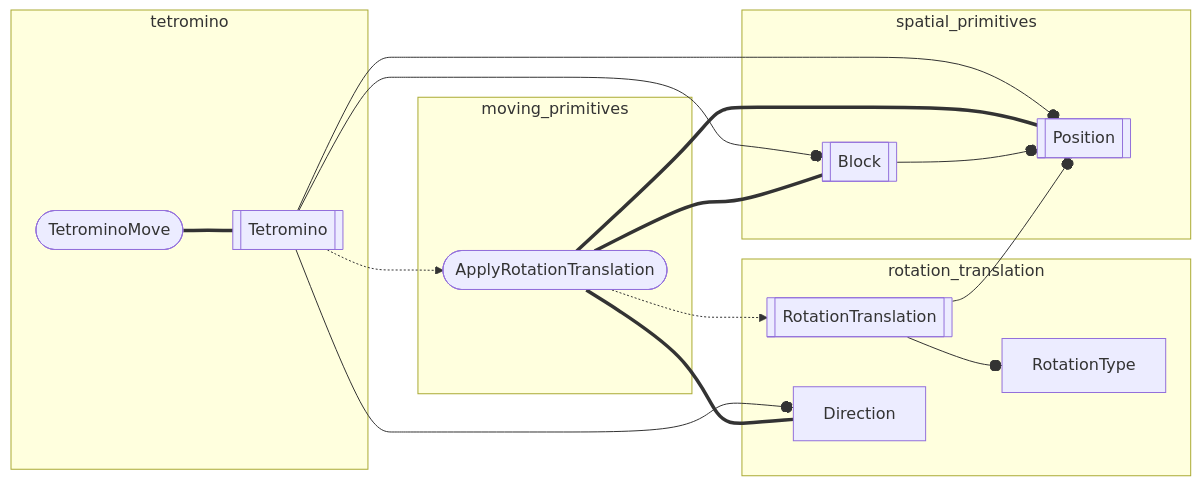
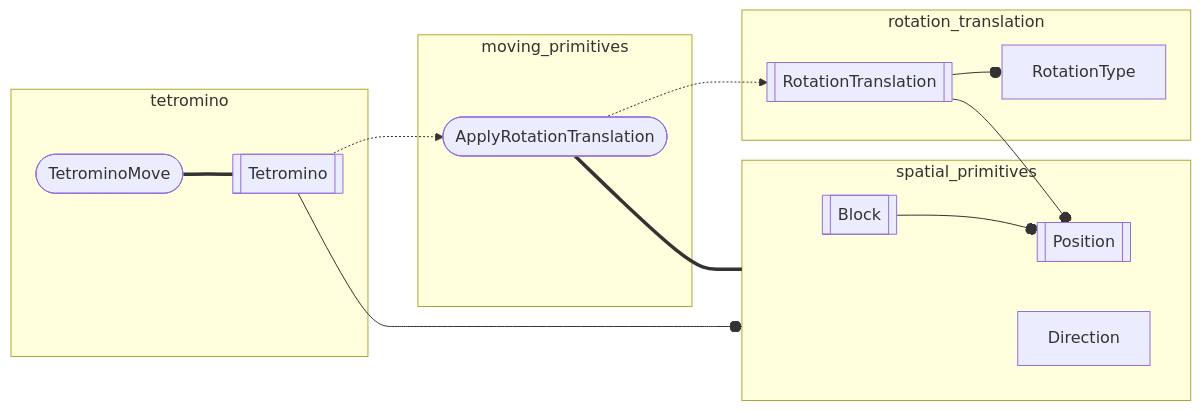
Before and after one commit to inesvar/tetris: the first of 2 diagrams in src/app/player/back_end/flowgraph.md, drawn with Mermaid. The commit also changed other lines of this file and 6 other files, not shown here.

Commit message:
Move Direction from rotation_translation to spatial_primitives

````diff
--- a/src/app/player/back_end/flowgraph.md
+++ b/src/app/player/back_end/flowgraph.md
@@ -3,43 +3,43 @@
 ```mermaid
 graph LR
     %% objects
     Position[[Position]]
     Block[[Block]]
+    Direction[Direction]
     RotationTranslation[[RotationTranslation]]
     RotationType[RotationType]
-    Direction[Direction]
     ApplyRotationTranslation([ApplyRotationTranslation])
     Tetromino[[Tetromino]]
     TetrominoMove([TetrominoMove])
 
     %% modules
     spatial_primitives[spatial_primitives]
     rotation_translation[rotation_translation]
     moving_primitives[moving_primitives]
     tetromino[tetromino]
 
     subgraph spatial_primitives
         Block --o Position
+        Direction
     end
 
     subgraph rotation_translation
         RotationTranslation --o RotationType
-        Direction
     end
 
     RotationTranslation --o Position
 
     subgraph moving_primitives
         ApplyRotationTranslation
     end
 
-    ApplyRotationTranslation === Position & Block & Direction
+    ApplyRotationTranslation === spatial_primitives
     ApplyRotationTranslation -.-> RotationTranslation
 
     subgraph tetromino
         TetrominoMove === Tetromino
     end
 
-    Tetromino --o Position & Block & Direction
+    Tetromino --o spatial_primitives
     Tetromino -.-> ApplyRotationTranslation
 ```
````
